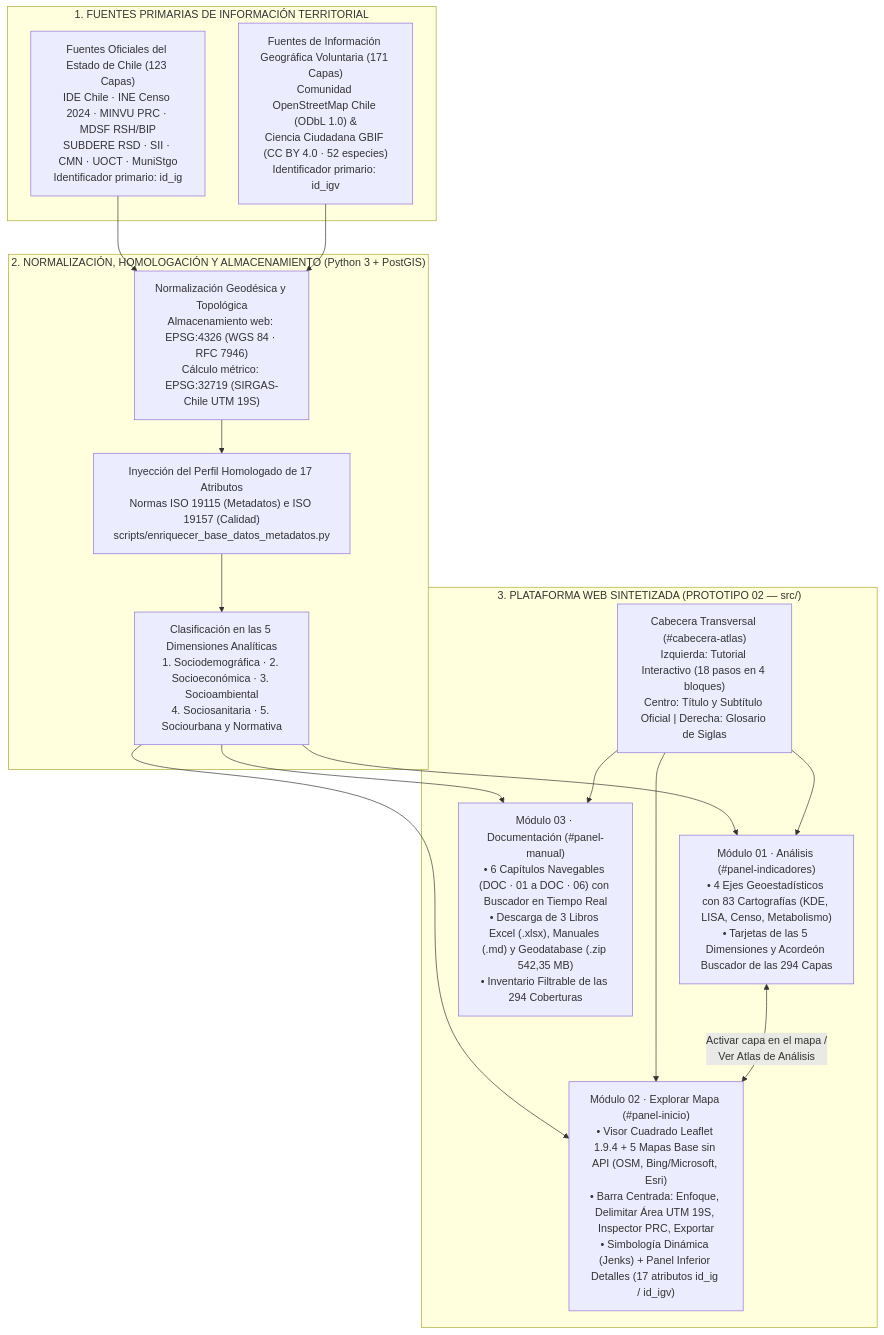
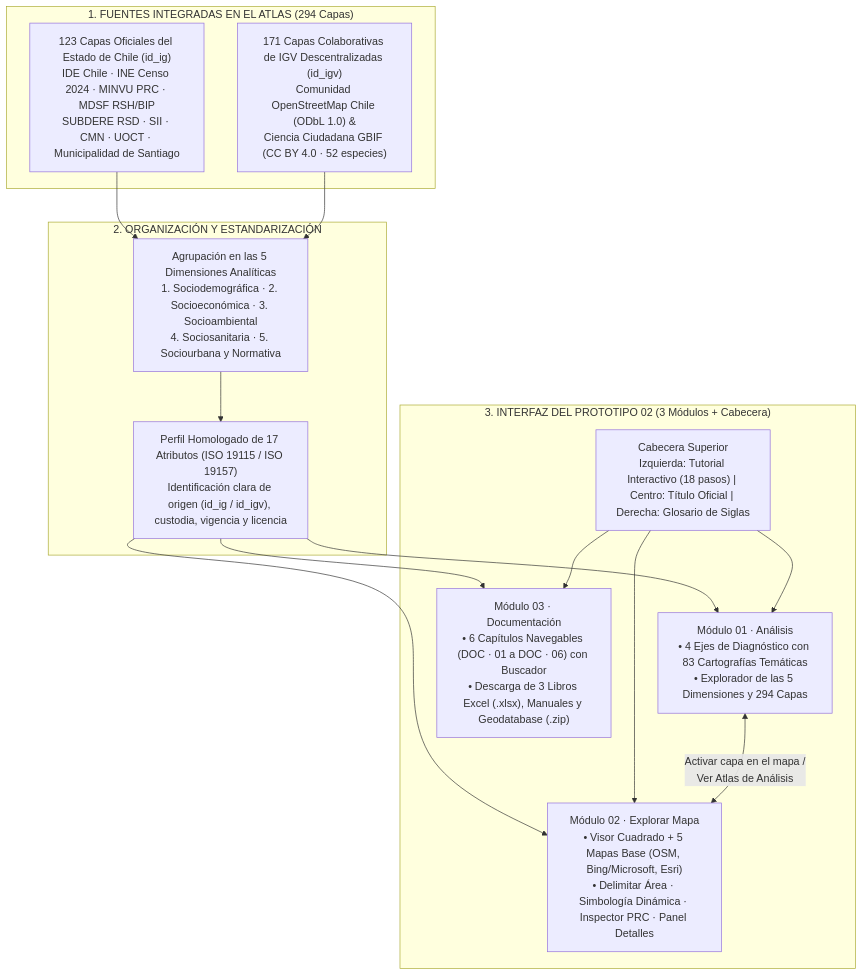
The first of 7 diagrams in src/docs/MANUAL_ACTUALIZACION_ATLAS.md (GEOJOTA/atlas-vgi-barrio-brasil), drawn with Mermaid before and after one commit. The commit also changed other lines of this file and 13 other files, not shown here.

Commit message:
docs(prototipo-02): simplificar explicacion de los 4 ejes geoestadisticos y eliminar Partes III-IV y formulas tecnicas (v66)

````diff
--- a/src/docs/MANUAL_ACTUALIZACION_ATLAS.md
+++ b/src/docs/MANUAL_ACTUALIZACION_ATLAS.md
@@ -117,25 +78,24 @@
 ```mermaid
 flowchart TB
-    subgraph FUENTES["1. FUENTES PRIMARIAS DE INFORMACIÓN TERRITORIAL"]
-        FO["Fuentes Oficiales del Estado de Chile (123 Capas)\nIDE Chile · INE Censo 2024 · MINVU PRC · MDSF RSH/BIP\nSUBDERE RSD · SII · CMN · UOCT · MuniStgo\nIdentificador primario: id_ig"]
-        FV["Fuentes de Información Geográfica Voluntaria (171 Capas)\nComunidad OpenStreetMap Chile (ODbL 1.0) &\nCiencia Ciudadana GBIF (CC BY 4.0 · 52 especies)\nIdentificador primario: id_igv"]
+    subgraph FUENTES["1. FUENTES INTEGRADAS EN EL ATLAS (294 Capas)"]
+        FO["123 Capas Oficiales del Estado de Chile (id_ig)\nIDE Chile · INE Censo 2024 · MINVU PRC · MDSF RSH/BIP\nSUBDERE RSD · SII · CMN · UOCT · Municipalidad de Santiago"]
+        FV["171 Capas Colaborativas de IGV Descentralizadas (id_igv)\nComunidad OpenStreetMap Chile (ODbL 1.0) &\nCiencia Ciudadana GBIF (CC BY 4.0 · 52 especies)"]
     end
 
-    subgraph MOTOR_DATOS["2. NORMALIZACIÓN, HOMOLOGACIÓN Y ALMACENAMIENTO (Python 3 + PostGIS)"]
-        NORM["Normalización Geodésica y Topológica\nAlmacenamiento web: EPSG:4326 (WGS 84 · RFC 7946)\nCálculo métrico: EPSG:32719 (SIRGAS-Chile UTM 19S)"]
-        ISO["Inyección del Perfil Homologado de 17 Atributos\nNormas ISO 19115 (Metadatos) e ISO 19157 (Calidad)\nscripts/enriquecer_base_datos_metadatos.py"]
-        DIM5["Clasificación en las 5 Dimensiones Analíticas\n1. Sociodemográfica · 2. Socioeconómica · 3. Socioambiental\n4. Sociosanitaria · 5. Sociourbana y Normativa"]
+    subgraph ARMONIZACION["2. ORGANIZACIÓN Y ESTANDARIZACIÓN"]
+        DIM["Agrupación en las 5 Dimensiones Analíticas\n1. Sociodemográfica · 2. Socioeconómica · 3. Socioambiental\n4. Sociosanitaria · 5. Sociourbana y Normativa"]
+        ATR["Perfil Homologado de 17 Atributos (ISO 19115 / ISO 19157)\nIdentificación clara de origen (id_ig / id_igv), custodia, vigencia y licencia"]
     end
 
-    subgraph PROTOTIPO02["3. PLATAFORMA WEB SINTETIZADA (PROTOTIPO 02 — src/)"]
-        CAB["Cabecera Transversal (#cabecera-atlas)\nIzquierda: Tutorial Interactivo (18 pasos en 4 bloques)\nCentro: Título y Subtítulo Oficial | Derecha: Glosario de Siglas"]
-        M01["Módulo 01 · Análisis (#panel-indicadores)\n• 4 Ejes Geoestadísticos con 83 Cartografías (KDE, LISA, Censo, Metabolismo)\n• Tarjetas de las 5 Dimensiones y Acordeón Buscador de las 294 Capas"]
-        M02["Módulo 02 · Explorar Mapa (#panel-inicio)\n• Visor Cuadrado Leaflet 1.9.4 + 5 Mapas Base sin API (OSM, Bing/Microsoft, Esri)\n• Barra Centrada: Enfoque, Delimitar Área UTM 19S, Inspector PRC, Exportar\n• Simbología Dinámica (Jenks) + Panel Inferior Detalles (17 atributos id_ig / id_igv)"]
-        M03["Módulo 03 · Documentación (#panel-manual)\n• 6 Capítulos Navegables (DOC · 01 a DOC · 06) con Buscador en Tiempo Real\n• Descarga de 3 Libros Excel (.xlsx), Manuales (.md) y Geodatabase (.zip 542,35 MB)\n• Inventario Filtrable de las 294 Coberturas"]
+    subgraph PLATAFORMA["3. INTERFAZ DEL PROTOTIPO 02 (3 Módulos + Cabecera)"]
+        CAB["Cabecera Superior\nIzquierda: Tutorial Interactivo (18 pasos) | Centro: Título Oficial | Derecha: Glosario de Siglas"]
+        M01["Módulo 01 · Análisis\n• 4 Ejes de Diagnóstico con 83 Cartografías Temáticas\n• Explorador de las 5 Dimensiones y 294 Capas"]
+        M02["Módulo 02 · Explorar Mapa\n• Visor Cuadrado + 5 Mapas Base (OSM, Bing/Microsoft, Esri)\n• Delimitar Área · Simbología Dinámica · Inspector PRC · Panel Detalles"]
+        M03["Módulo 03 · Documentación\n• 6 Capítulos Navegables (DOC · 01 a DOC · 06) con Buscador\n• Descarga de 3 Libros Excel (.xlsx), Manuales y Geodatabase (.zip)"]
     end
 
-    FO & FV --> NORM --> ISO --> DIM5
-    DIM5 --> M01 & M02 & M03
+    FO & FV --> DIM --> ATR
+    ATR --> M01 & M02 & M03
     CAB --> M01 & M02 & M03
     M01 <-->|"Activar capa en el mapa /\nVer Atlas de Análisis"| M02
 ```
````
